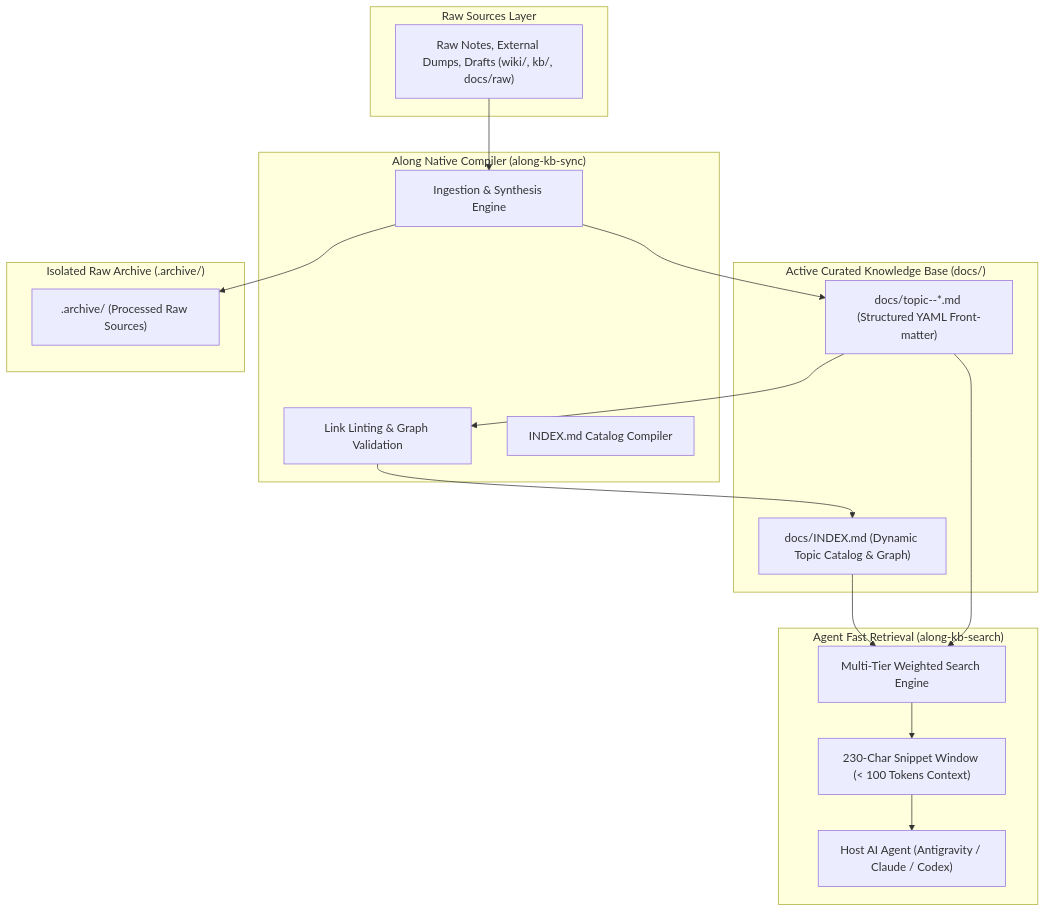
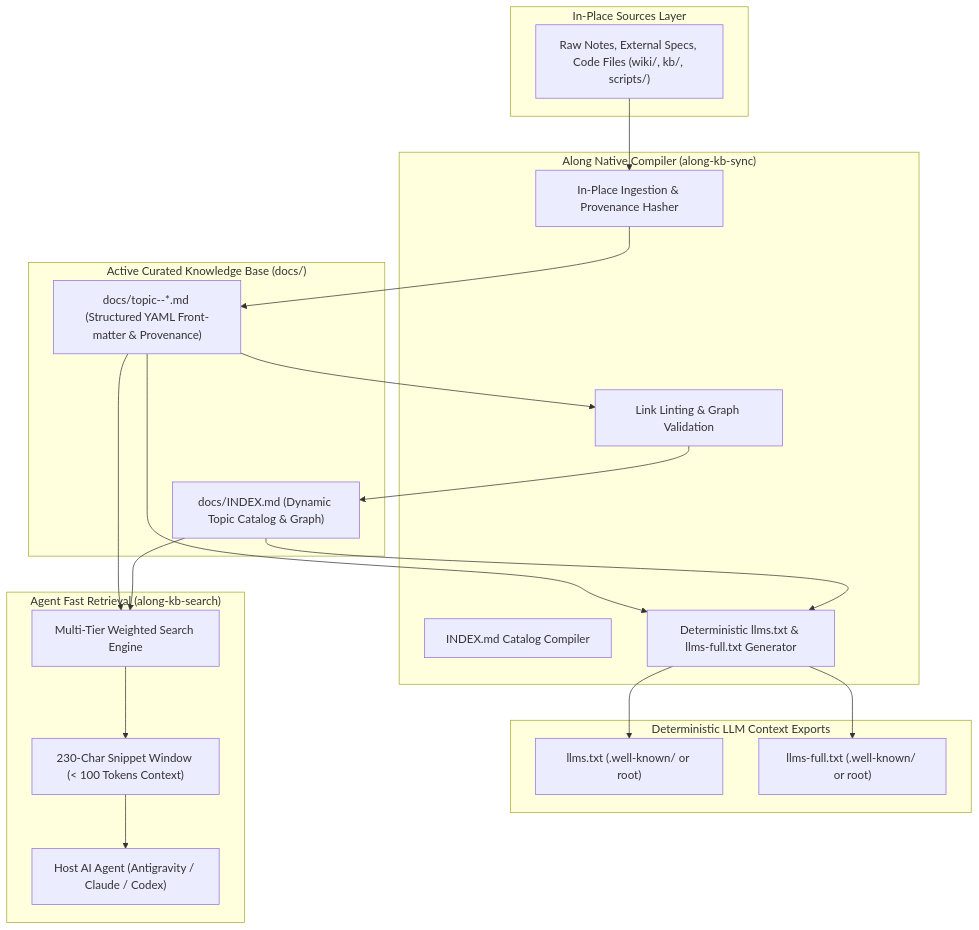
The first of 2 diagrams in docs/topic--llm-wiki-architecture.md (actdim/agents), drawn with Mermaid before and after one commit. The commit also changed other lines of this file and 51 other files, not shown here.

Commit message:
fix: resolve quality defects in rules engine and execution guards (refs #recent-features-defects-and-guard-messages, #kb-source-provenance-and-reconstruction, #well-known-llms-and-context-discovery)

````diff
--- a/docs/topic--llm-wiki-architecture.md
+++ b/docs/topic--llm-wiki-architecture.md
@@ -35,37 +42,42 @@
 ```mermaid
 flowchart TD
-    subgraph RawSources["Raw Sources Layer"]
-        RAW["Raw Notes, External Dumps, Drafts (wiki/, kb/, docs/raw)"]
+    subgraph RawSources["In-Place Sources Layer"]
+        RAW["Raw Notes, External Specs, Code Files (wiki/, kb/, scripts/)"]
     end
 
     subgraph Compiler["Along Native Compiler (along-kb-sync)"]
-        INGEST["Ingestion & Synthesis Engine"]
+        INGEST["In-Place Ingestion & Provenance Hasher"]
         LINTER["Link Linting & Graph Validation"]
         INDEXER["INDEX.md Catalog Compiler"]
+        LLMS_COMPILER["Deterministic llms.txt & llms-full.txt Generator"]
     end
 
     subgraph ActiveWiki["Active Curated Knowledge Base (docs/)"]
-        TOPICS["docs/topic--*.md (Structured YAML Front-matter)"]
+        TOPICS["docs/topic--*.md (Structured YAML Front-matter & Provenance)"]
         CATALOG["docs/INDEX.md (Dynamic Topic Catalog & Graph)"]
     end
 
-    subgraph Archive["Isolated Raw Archive (.archive/)"]
-        ARCHIVED[".archive/ (Processed Raw Sources)"]
+    subgraph Exports["Deterministic LLM Context Exports"]
+        LLMS["llms.txt (.well-known/ or root)"]
+        LLMS_FULL["llms-full.txt (.well-known/ or root)"]
     end
 
     subgraph Retrieval["Agent Fast Retrieval (along-kb-search)"]
         SEARCH["Multi-Tier Weighted Search Engine"]
         SNIPPET["230-Char Snippet Window (< 100 Tokens Context)"]
         AGENT["Host AI Agent (Antigravity / Claude / Codex)"]
     end
 
     RAW --> INGEST
     INGEST --> TOPICS
-    INGEST --> ARCHIVED
     TOPICS --> LINTER
     LINTER --> CATALOG
+    CATALOG --> LLMS_COMPILER
+    TOPICS --> LLMS_COMPILER
+    LLMS_COMPILER --> LLMS
+    LLMS_COMPILER --> LLMS_FULL
     CATALOG --> SEARCH
     TOPICS --> SEARCH
     SEARCH --> SNIPPET
     SNIPPET --> AGENT
 ```
````
